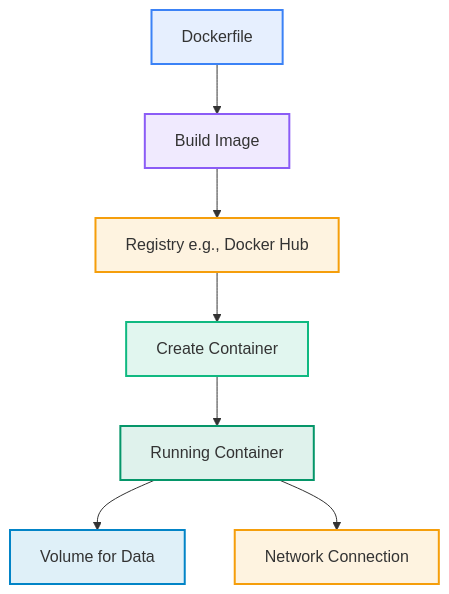
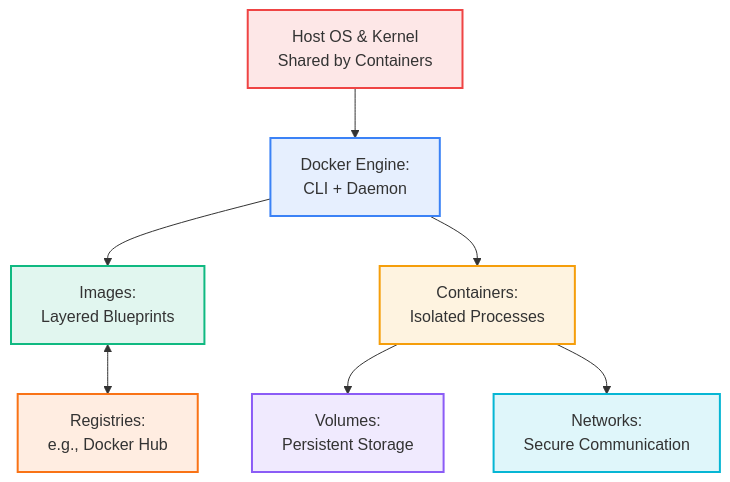
One commit to MadeInShineA/hei-course-summaries changed the first of 3 diagrams in 302.1-data-computation/docker.md. Above: the diagram before and after it, drawn with Mermaid. The commit also changed other lines of this file and 1 other file, not shown here.

Commit message:
Updated docker.md to be on par with the quiz

````diff
--- a/302.1-data-computation/docker.md
+++ b/302.1-data-computation/docker.md
@@ -142,17 +101,17 @@
 ```mermaid
-flowchart TD
-    DF[Dockerfile] --> BI[Build Image]
-    BI --> R[Registry e.g., Docker Hub]
-    R --> CR[Create Container]
-    CR --> CN[Running Container]
-    CN --> V[Volume for Data]
-    CN --> N[Network Connection]
-    
-    style DF fill:#3b82f620,stroke:#3b82f6,stroke-width:2px
-    style BI fill:#8b5cf620,stroke:#8b5cf6,stroke-width:2px
-    style R fill:#f59e0b20,stroke:#f59e0b,stroke-width:2px
-    style CR fill:#10b98120,stroke:#10b981,stroke-width:2px
-    style CN fill:#05966920,stroke:#059669,stroke-width:2px
-    style V fill:#0284c720,stroke:#0284c7,stroke-width:2px
-    style N fill:#f59e0b20,stroke:#f59e0b,stroke-width:2px
+graph TB
+    Host["Host OS & Kernel<br/>Shared by Containers"] --> Engine["Docker Engine:<br/>CLI + Daemon"]
+    Engine --> Images["Images:<br/>Layered Blueprints"]
+    Engine --> Containers["Containers:<br/>Isolated Processes"]
+    Containers --> Volumes["Volumes:<br/>Persistent Storage"]
+    Containers --> Networks["Networks:<br/>Secure Communication"]
+    Images <--> Registries["Registries:<br/>e.g., Docker Hub"]
+
+    style Host fill:#ef444420,stroke:#ef4444,stroke-width:2px
+    style Engine fill:#3b82f620,stroke:#3b82f6,stroke-width:2px
+    style Images fill:#10b98120,stroke:#10b981,stroke-width:2px
+    style Containers fill:#f59e0b20,stroke:#f59e0b,stroke-width:2px
+    style Volumes fill:#8b5cf620,stroke:#8b5cf6,stroke-width:2px
+    style Networks fill:#06b6d420,stroke:#06b6d4,stroke-width:2px
+    style Registries fill:#f9731620,stroke:#f97316,stroke-width:2px
 ```
````
